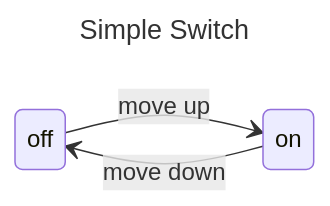
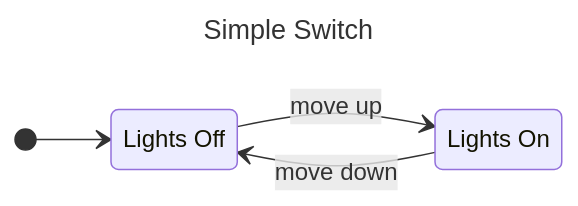
The first of 2 diagrams in LESSONS.md (FRCTeam3206/RomiTimed23), drawn with Mermaid before and after one commit. The commit also changed other lines of this file and 4 other files, not shown here.

````diff
--- a/LESSONS.md
+++ b/LESSONS.md
@@ -207,9 +213,12 @@
 ```mermaid
 ---
 title: Simple Switch
 ---
 stateDiagram-v2
   direction LR
+  off: Lights Off
+  on: Lights On
+  [*] --> off
   off --> on: move up
   on --> off: move down
 ```
````
